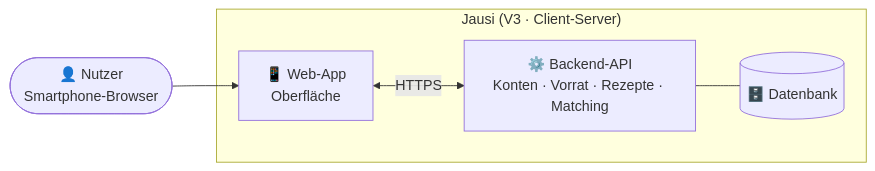
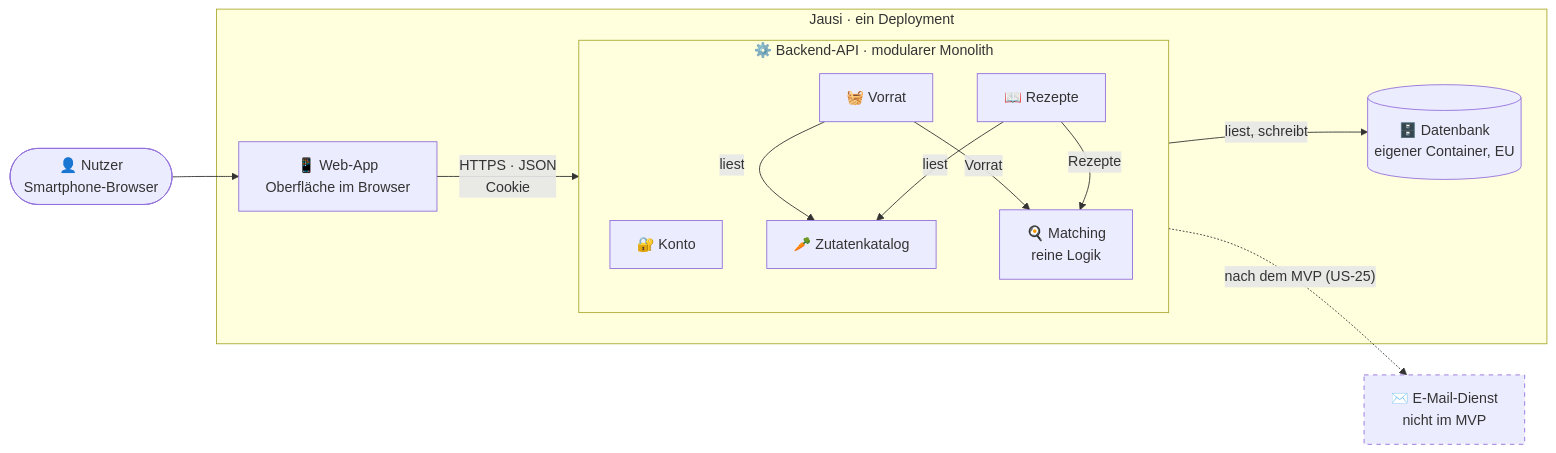
The first of 2 diagrams in docs/architecture.md (NeloBorcram/Jausi), drawn with Mermaid before and after one commit. The commit also changed other lines of this file and 12 other files, not shown here.

````diff
--- a/docs/architecture.md
+++ b/docs/architecture.md
@@ -20,11 +31,27 @@
 ```mermaid
 flowchart LR
     U(["👤 Nutzer<br/>Smartphone-Browser"])
-    subgraph Jausi["Jausi (V3 · Client-Server)"]
-        W["📱 Web-App<br/>Oberfläche"]
-        API["⚙️ Backend-API<br/>Konten · Vorrat · Rezepte · Matching"]
-        DB[("🗄️ Datenbank")]
-        W <-- "HTTPS" --> API --- DB
+    subgraph Jausi["Jausi · ein Deployment"]
+        W["📱 Web-App<br/>Oberfläche im Browser"]
+        subgraph API["⚙️ Backend-API · modularer Monolith"]
+            direction TB
+            K["🔐 Konto"]
+            V["🧺 Vorrat"]
+            R["📖 Rezepte"]
+            Z["🥕 Zutatenkatalog"]
+            M["🍳 Matching<br/>reine Logik"]
+            V -- "liest" --> Z
+            R -- "liest" --> Z
+            V -- "Vorrat" --> M
+            R -- "Rezepte" --> M
+        end
+        DB[("🗄️ Datenbank<br/>eigener Container, EU")]
     end
+    E["✉️ E-Mail-Dienst<br/>nicht im MVP"]
     U --> W
+    W -- "HTTPS · JSON<br/>Cookie" --> API
+    API -- "liest, schreibt" --> DB
+    API -. "nach dem MVP (US-25)" .-> E
+    classDef optional stroke-dasharray: 5 5
+    class E optional
 ```
````
